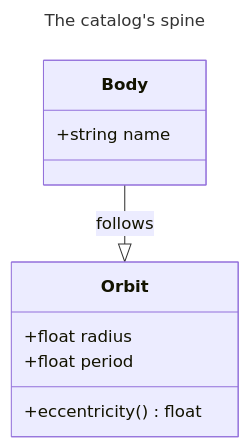
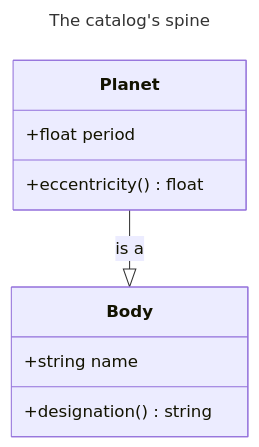
Before and after one commit to theZMC/zmc.dev: the sixth of 9 diagrams in src/data/blog/markdown-kitchen-sink.md, drawn with Mermaid. The commit also changed 8 other files, not shown here.

First line of the commit message:
style(posts): diagram polish, review-gated — spacing, halos, eyebrows, edge fades

````diff
--- a/src/data/blog/markdown-kitchen-sink.md
+++ b/src/data/blog/markdown-kitchen-sink.md
@@ -289,15 +289,15 @@
 ```mermaid
 ---
 title: The catalog's spine
 ---
 classDiagram
-    class Orbit {
-        +float radius
+    class Body {
+        +string name
+        +designation() string
+    }
+    class Planet {
         +float period
         +eccentricity() float
     }
-    class Body {
-        +string name
-    }
-    Body --|> Orbit : follows
+    Planet --|> Body : is a
 ```
````
